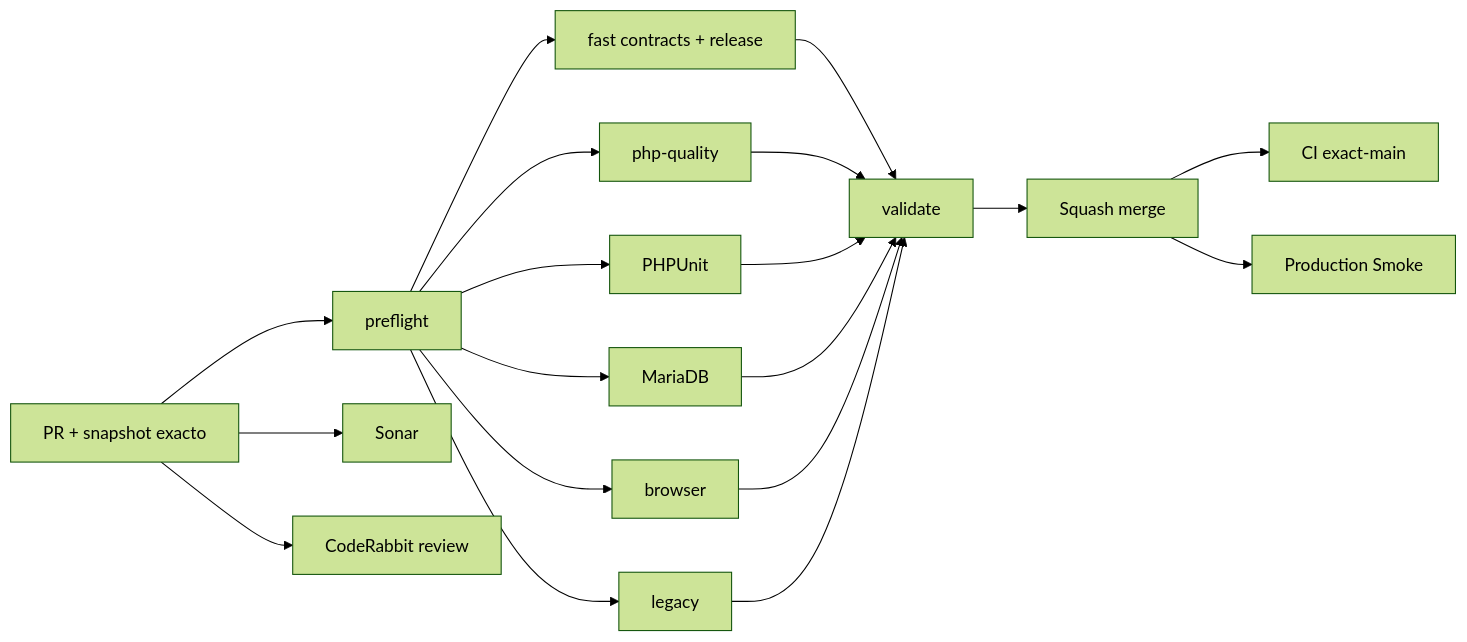
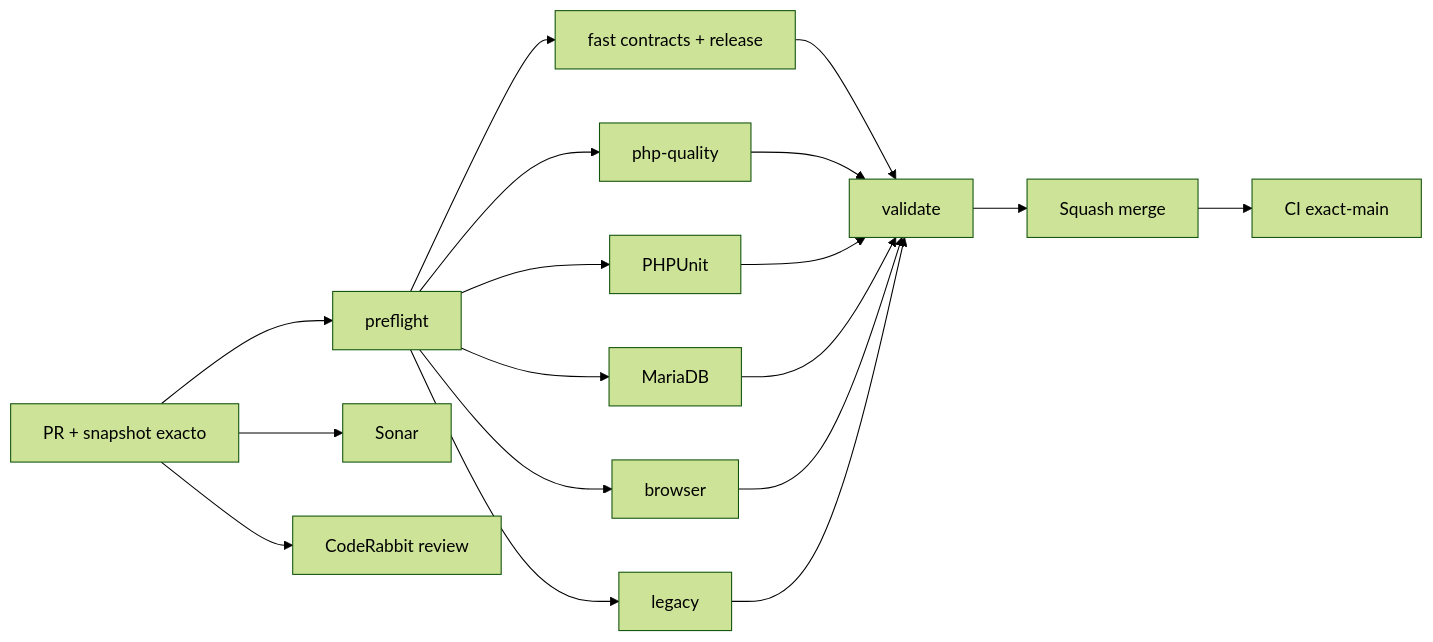
One commit to drpipe1098-commits/GrindFlow changed the diagram in README.md. Above: the diagram before and after it, drawn with Mermaid (forest theme). The commit also changed other lines of this file and 9 other files, not shown here.

````diff
--- a/README.md
+++ b/README.md
@@ -51,21 +45,20 @@
 ```mermaid
 flowchart LR
  A["PR + snapshot exacto"] --> P["preflight"]
  P --> F["fast contracts + release"]
  P --> Q["php-quality"]
  P --> T["PHPUnit"]
  P --> D["MariaDB"]
  P --> B["browser"]
  P --> L["legacy"]
  A --> S["Sonar"]
  A --> C["CodeRabbit review"]
  F --> V["validate"]
  Q --> V
  T --> V
  D --> V
  B --> V
  L --> V
  V --> M["Squash merge"]
  M --> X["CI exact-main"]
- M --> R["Production Smoke"]
 ```
````
